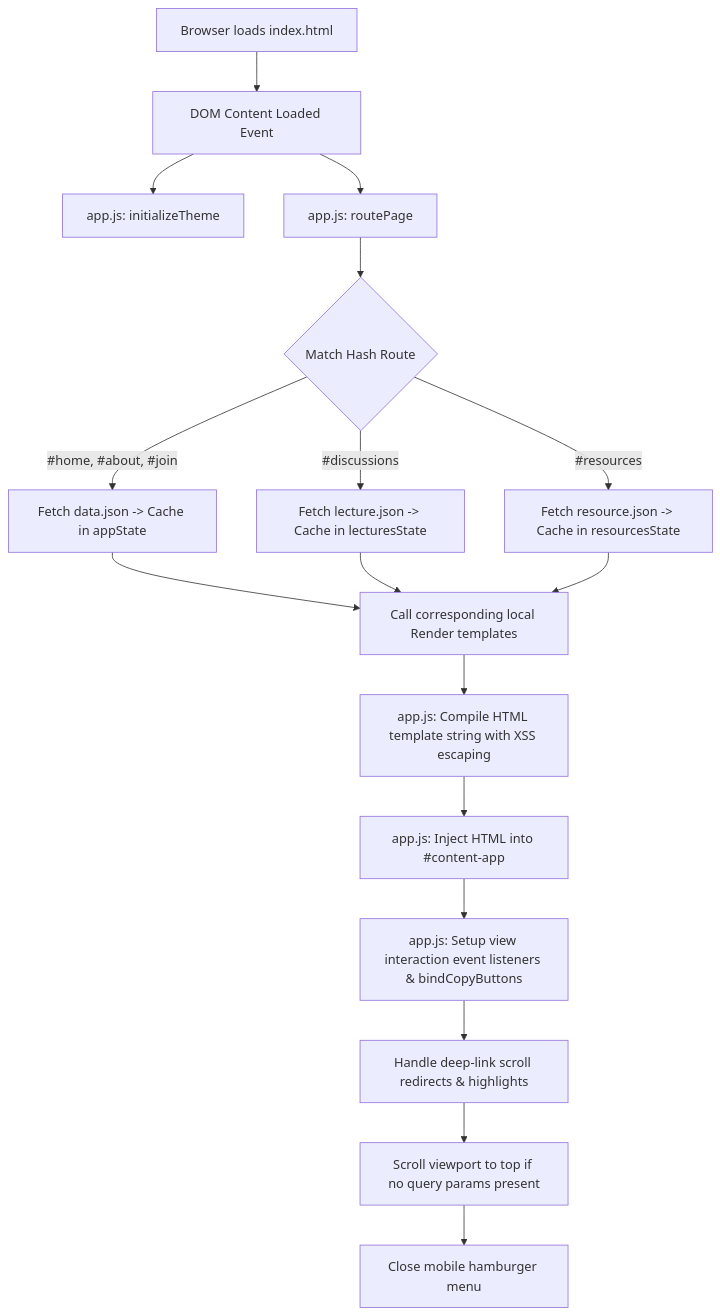
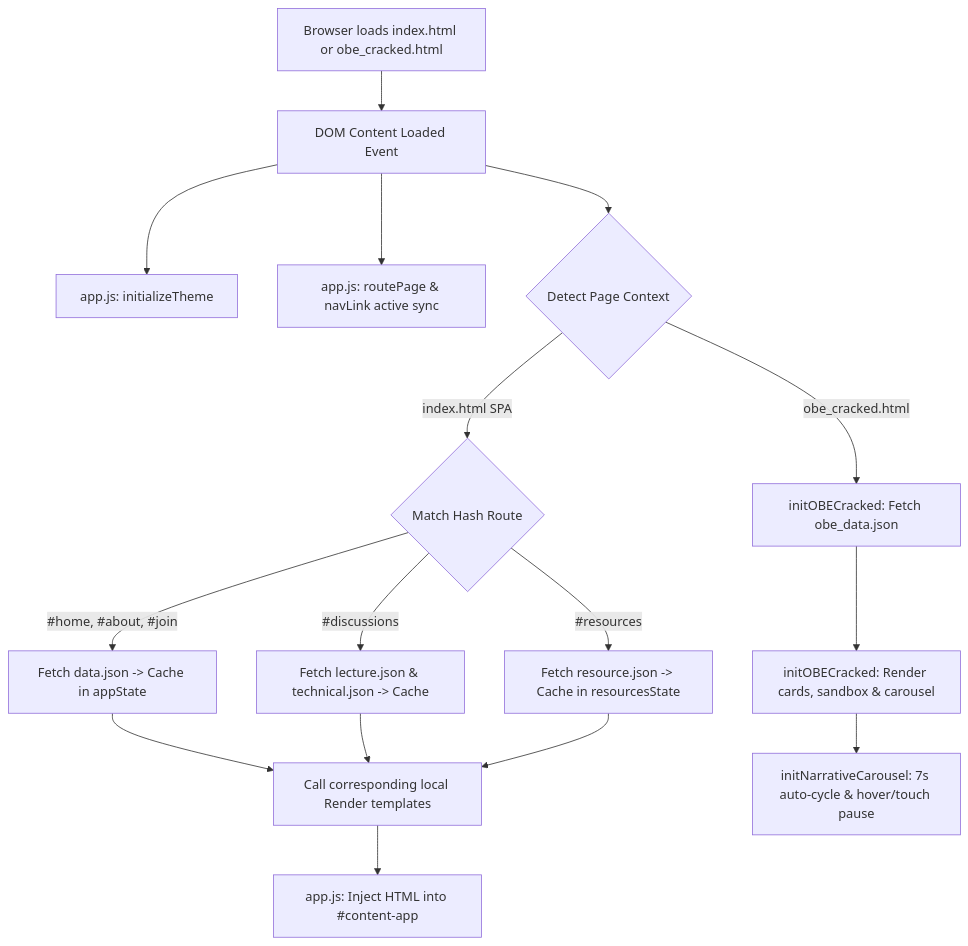
One commit to oU1TS/course changed the diagram in documentation.md. Above: the diagram before and after it, drawn with Mermaid. The commit also changed other lines of this file and 12 other files, not shown here.

Commit message:
added session and OBE cracked page

````diff
--- a/documentation.md
+++ b/documentation.md
@@ -72,19 +81,18 @@
 ```mermaid
 graph TD
-    A[Browser loads index.html] --> B[DOM Content Loaded Event]
+    A[Browser loads index.html or obe_cracked.html] --> B[DOM Content Loaded Event]
     B --> C[app.js: initializeTheme]
-    B --> D[app.js: routePage]
-    D --> E{Match Hash Route}
-    E -->|#home, #about, #join| F[Fetch data.json -> Cache in appState]
-    E -->|#discussions| G[Fetch lecture.json -> Cache in lecturesState]
-    E -->|#resources| H[Fetch resource.json -> Cache in resourcesState]
-    F --> I[Call corresponding local Render templates]
-    G --> I
-    H --> I
-    I --> J[app.js: Compile HTML template string with XSS escaping]
-    J --> K[app.js: Inject HTML into #content-app]
-    K --> L[app.js: Setup view interaction event listeners & bindCopyButtons]
-    L --> M[Handle deep-link scroll redirects & highlights]
-    M --> N[Scroll viewport to top if no query params present]
-    N --> O[Close mobile hamburger menu]
+    B --> D[app.js: routePage & navLink active sync]
+    B --> E{Detect Page Context}
+    E -->|index.html SPA| F{Match Hash Route}
+    E -->|obe_cracked.html| G[initOBECracked: Fetch obe_data.json]
+    F -->|#home, #about, #join| H[Fetch data.json -> Cache in appState]
+    F -->|#discussions| I[Fetch lecture.json & technical.json -> Cache]
+    F -->|#resources| J[Fetch resource.json -> Cache in resourcesState]
+    H --> K[Call corresponding local Render templates]
+    I --> K
+    J --> K
+    K --> L[app.js: Inject HTML into #content-app]
+    G --> M[initOBECracked: Render cards, sandbox & carousel]
+    M --> N[initNarrativeCarousel: 7s auto-cycle & hover/touch pause]
 ```
````
